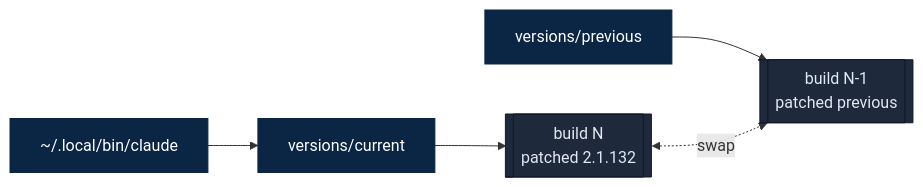
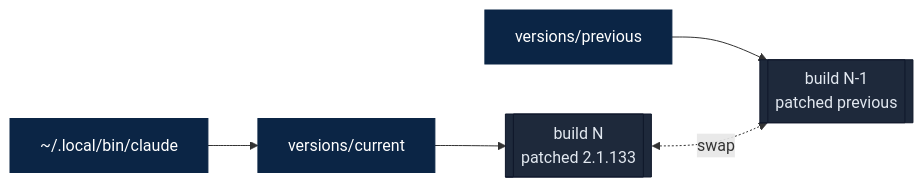
Before and after one commit to camjac251/cc-enhanced: the second of 3 diagrams in README.md, drawn with Mermaid. The commit also changed other lines of this file and 4 other files, not shown here.

````diff
--- a/README.md
+++ b/README.md
@@ -70,13 +70,13 @@
 ```mermaid
 flowchart LR
     Launcher["~/.local/bin/claude"] --> Current["versions/current"]
     Previous["versions/previous"]
-    Current --> NewBuild[["build N<br/>patched 2.1.132"]]
+    Current --> NewBuild[["build N<br/>patched 2.1.133"]]
     Previous --> OldBuild[["build N-1<br/>patched previous"]]
     NewBuild <-. swap .-> OldBuild
 
     classDef sym fill:#0b2545,stroke:#0b2545,color:#fff
     classDef build fill:#1e293b,stroke:#0f172a,color:#e2e8f0
     class Launcher,Current,Previous sym
     class NewBuild,OldBuild build
 ```
````
